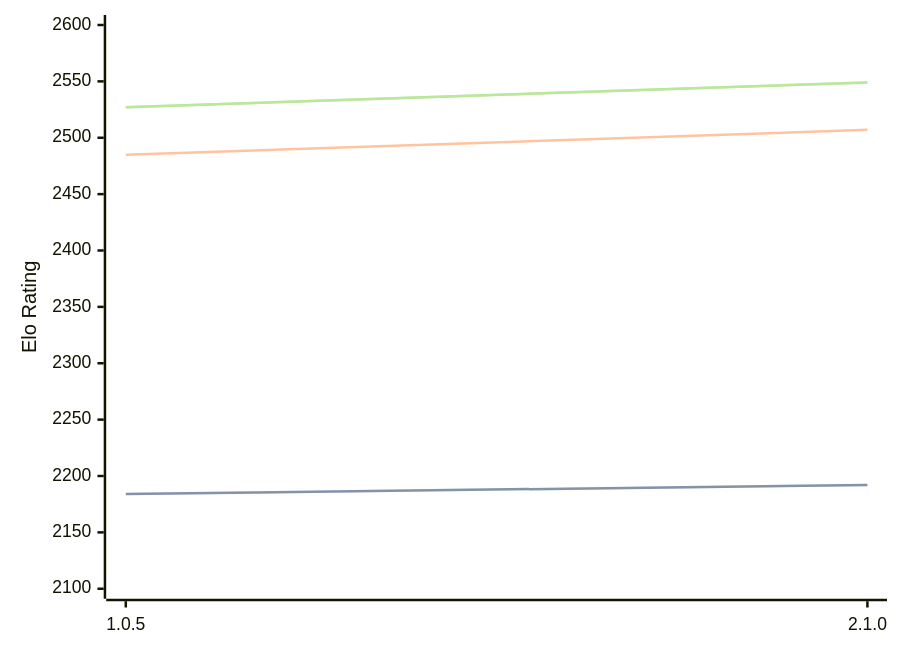
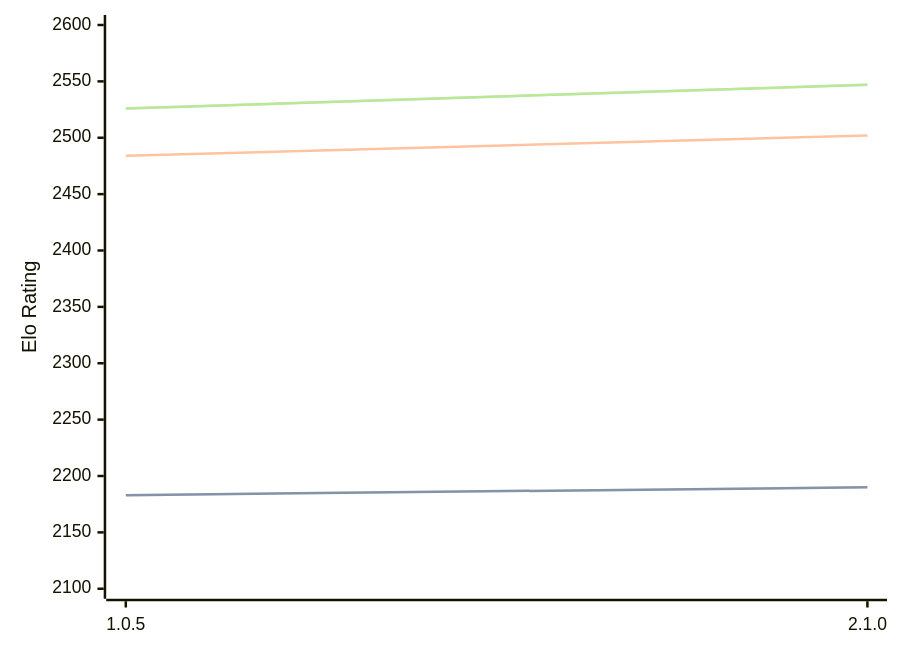
Before and after one commit to computer-chess-index/cci: the diagram in engines/Ruffian.md, drawn with Mermaid. The commit also changed other lines of this file, not shown here.

Commit message:
Update CCI Ratings (ELO VLTC) - 2026-03-12

````diff
--- a/engines/Ruffian.md
+++ b/engines/Ruffian.md
@@ -30,11 +30,11 @@
 ```mermaid
 %%{init: {"theme":"base","themeVariables":{"seriesColors:['#a3a3a3','#222221','#faa371']}}}%%
 xychart-beta
   x-axis ["1.0.5", "2.1.0"]
   y-axis "Elo Rating" 2100 --> 2600
-  line "STC (8.0+0.08s)" [2184, 2192]
-  line "STC (8.0+0.08s)" [2184, 2192]
-  line "LTC (60.0+0.60s)" [2485, 2507]
-  line "VLTC (2m24s+1.12s)" [2527, 2549]
-  line "VLTC (2m24s+1.12s)" [2527, 2549]
+  line "STC (8.0+0.08s)" [2183, 2190]
+  line "STC (8.0+0.08s)" [2183, 2190]
+  line "LTC (60.0+0.60s)" [2484, 2502]
+  line "VLTC (2m24s+1.12s)" [2526, 2547]
+  line "VLTC (2m24s+1.12s)" [2526, 2547]
 ```
````
